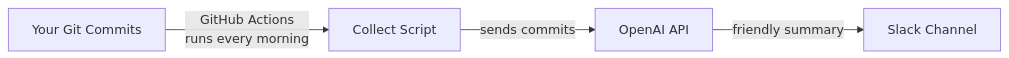
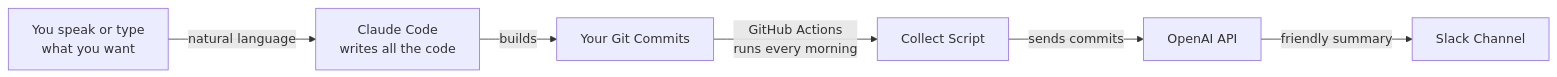
Before and after one commit to ChanMeng666/her-waka: the first of 2 diagrams in tutorial/vibe-coding/overview.mdx, drawn with Mermaid. The commit also changed other lines of this file and 38 other files, not shown here.

First line of the commit message:
feat: add voice-first Obsidian CLI tutorials and refactor all tutorials for Wispr Flow + Gemini CLI

````diff
--- a/tutorial/vibe-coding/overview.mdx
+++ b/tutorial/vibe-coding/overview.mdx
@@ -46,6 +46,8 @@
 ```mermaid
 flowchart LR
-    A["Your Git Commits"] -->|"GitHub Actions\nruns every morning"| B["Collect Script"]
-    B -->|"sends commits"| C["OpenAI API"]
-    C -->|"friendly summary"| D["Slack Channel"]
+    A["You speak or type\nwhat you want"] -->|"natural language"| B["Claude Code\nwrites all the code"]
+    B -->|"builds"| C["Your Git Commits"]
+    C -->|"GitHub Actions\nruns every morning"| D["Collect Script"]
+    D -->|"sends commits"| E["OpenAI API"]
+    E -->|"friendly summary"| F["Slack Channel"]
 ```
````
